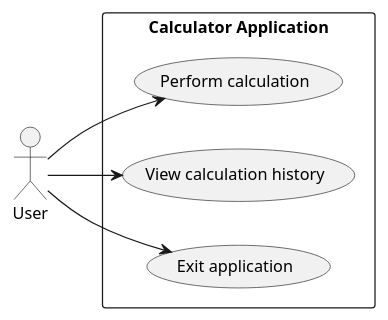
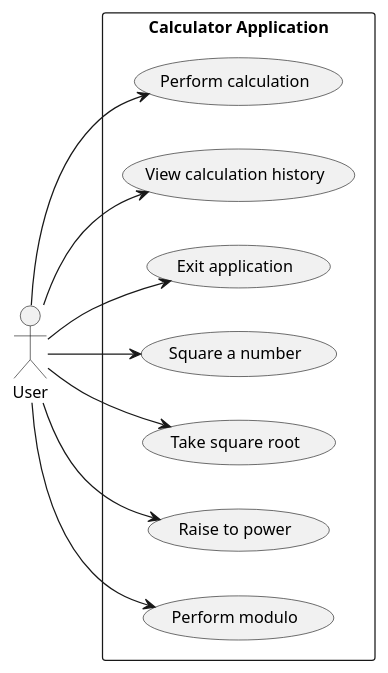
The diagram in experiments/supervisor_as_tools/structured_text/calculator/artifacts/use_case_diagram.puml (DanielRiha8906/Software_autoevolution_using_agents), drawn with PlantUML before and after one commit. The commit also changed 10 other files, not shown here.

First line of the commit message:
task 02: Add square, sqrt, power, and modulo operations

```diff
--- a/experiments/supervisor_as_tools/structured_text/calculator/artifacts/use_case_diagram.puml
+++ b/experiments/supervisor_as_tools/structured_text/calculator/artifacts/use_case_diagram.puml
@@ -1,20 +1,28 @@
 @startuml use_case_diagram
 
 skinparam defaultFontSize 13
 
 left to right direction
 
 actor User
 
 rectangle "Calculator Application" {
     usecase "Perform calculation" as UC_Calc
     usecase "View calculation history" as UC_History
     usecase "Exit application" as UC_Exit
+    usecase "Square a number" as UC_Square
+    usecase "Take square root" as UC_Sqrt
+    usecase "Raise to power" as UC_Power
+    usecase "Perform modulo" as UC_Modulo
 
 }
 
 User --> UC_Calc
 User --> UC_History
 User --> UC_Exit
+User --> UC_Square
+User --> UC_Sqrt
+User --> UC_Power
+User --> UC_Modulo
 
 @enduml
```
